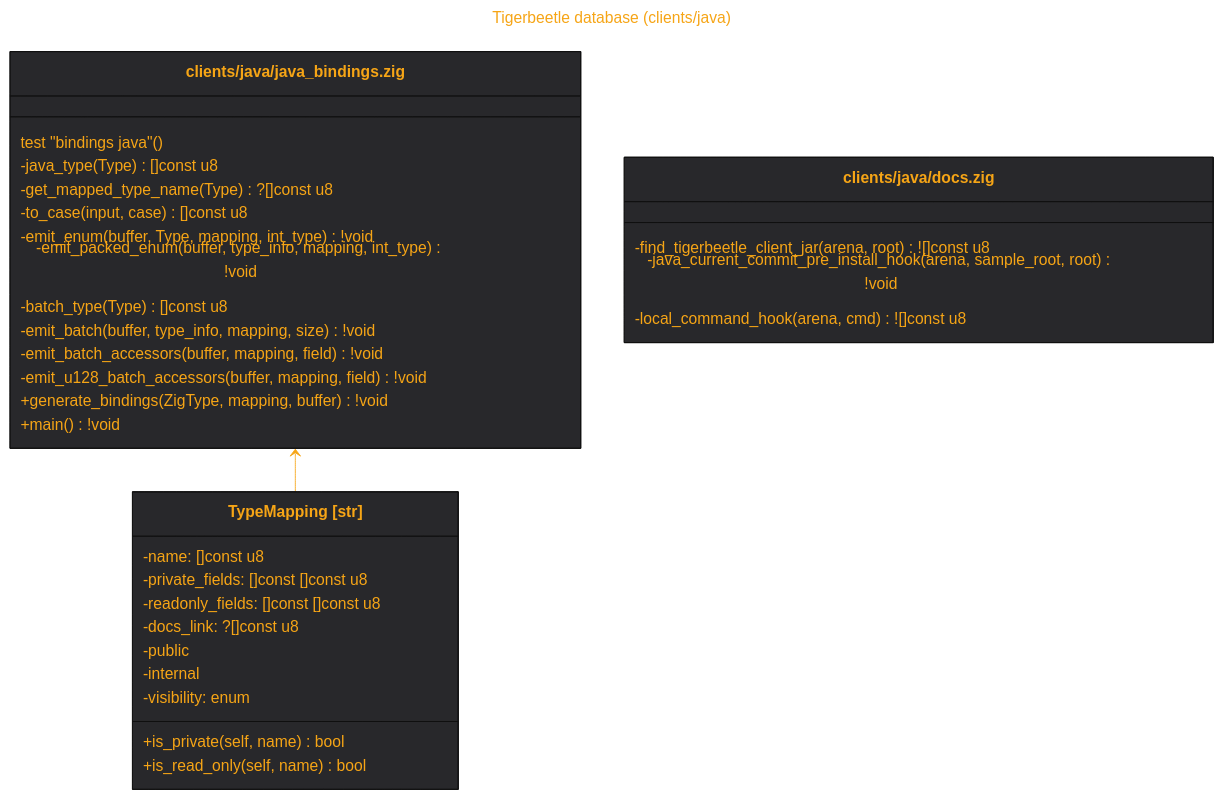
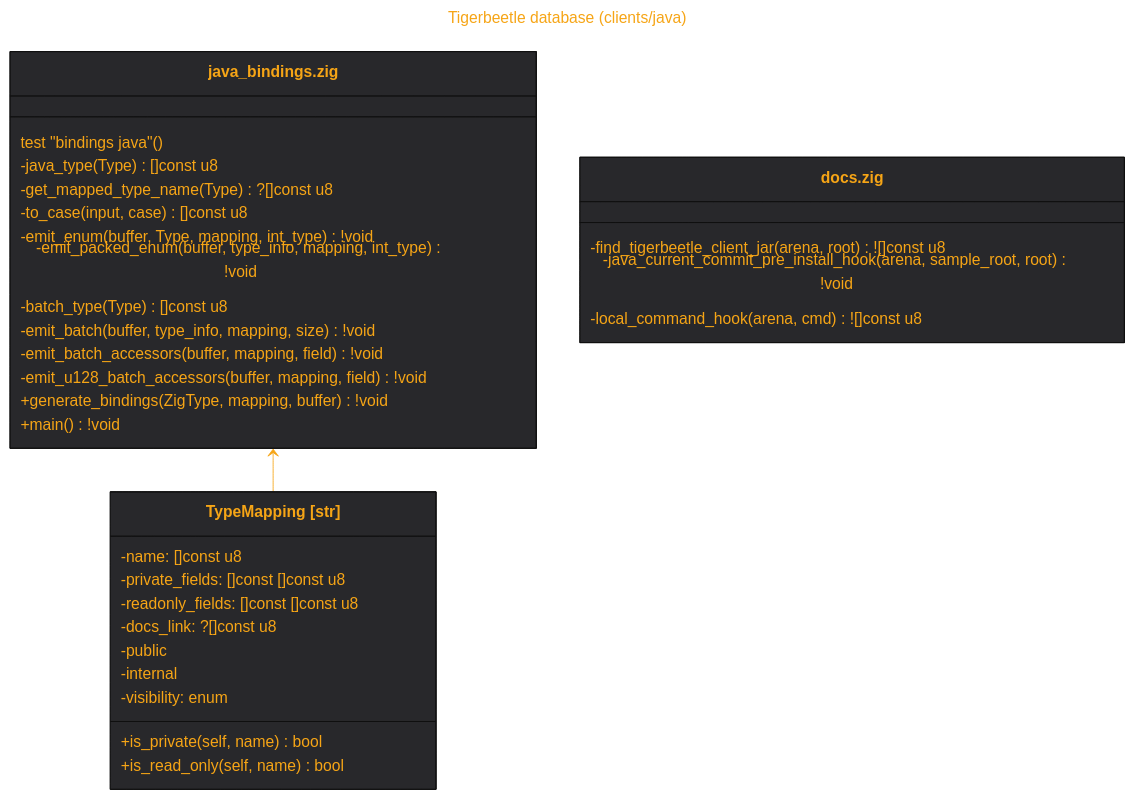
Before and after one commit to tensorush/meduza: the diagram in out/src.clients.java.md, drawn with Mermaid. The commit also changed 21 other files, not shown here.

````diff
--- a/out/src.clients.java.md
+++ b/out/src.clients.java.md
@@ -1,52 +1,52 @@
 ```mermaid
 ---
 title: Tigerbeetle database (clients/java)
 ---
 %%{
     init: {
         'theme': 'base',
         'themeVariables': {
             'fontSize': '18px',
             'fontFamily': 'arial',
             'lineColor': '#F6A516',
             'primaryColor': '#28282B',
             'primaryTextColor': '#F6A516'
         }
     }
 }%%
 classDiagram
 class TypeMapping["TypeMapping [str]"] {
     -name: []const u8
     -private_fields: []const []const u8
     -readonly_fields: []const []const u8
     -docs_link: ?[]const u8
     -public
     -internal
     -visibility: enum
     +is_private(self, name) bool
     +is_read_only(self, name) bool
 }
 link TypeMapping "https://github.com/tigerbeetle/tigerbeetle/blob/main/src/clients/java/java_bindings.zig#L10"
-class `clients/java/java_bindings.zig` {
+class `java_bindings.zig` {
     test "bindings java"()
     -java_type(Type) []const u8
     -get_mapped_type_name(Type) ?[]const u8
     -to_case(input, case) []const u8
     -emit_enum(buffer, Type, mapping, int_type) !void
     -emit_packed_enum(buffer, type_info, mapping, int_type) !void
     -batch_type(Type) []const u8
     -emit_batch(buffer, type_info, mapping, size) !void
     -emit_batch_accessors(buffer, mapping, field) !void
     -emit_u128_batch_accessors(buffer, mapping, field) !void
     +generate_bindings(ZigType, mapping, buffer) !void
     +main() !void
 }
-`clients/java/java_bindings.zig` <-- TypeMapping
-link `clients/java/java_bindings.zig` "https://github.com/tigerbeetle/tigerbeetle/blob/main/src/clients/java/java_bindings.zig"
-class `clients/java/docs.zig` {
+`java_bindings.zig` <-- TypeMapping
+link `java_bindings.zig` "https://github.com/tigerbeetle/tigerbeetle/blob/main/src/clients/java/java_bindings.zig"
+class `docs.zig` {
     -find_tigerbeetle_client_jar(arena, root) ![]const u8
     -java_current_commit_pre_install_hook(arena, sample_root, root) !void
     -local_command_hook(arena, cmd) ![]const u8
 }
-link `clients/java/docs.zig` "https://github.com/tigerbeetle/tigerbeetle/blob/main/src/clients/java/docs.zig"
+link `docs.zig` "https://github.com/tigerbeetle/tigerbeetle/blob/main/src/clients/java/docs.zig"
 ```
````
